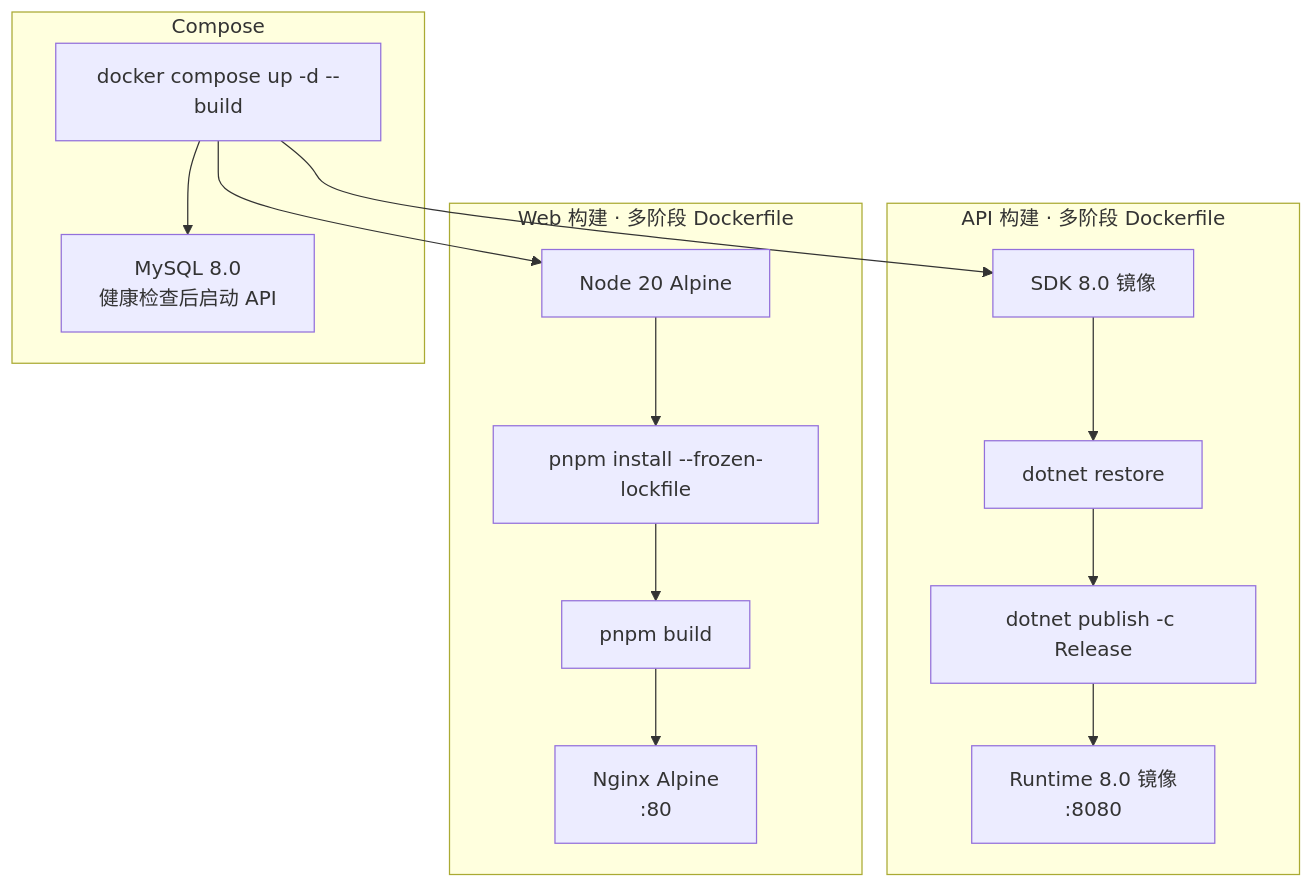
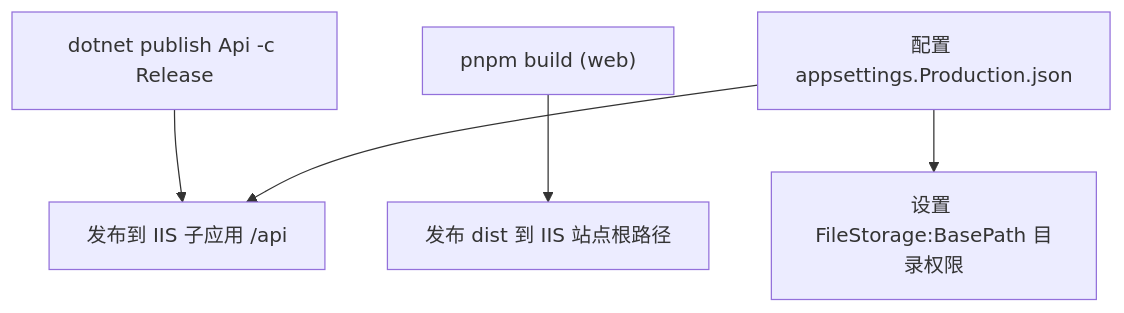
Diagram 25 of 28 in docs/design-overview.md (xiaocaiisxiaocai/AcceptanceSpecRecognition), drawn with Mermaid before and after one commit. The commit also changed other lines of this file and 162 other files, not shown here.

````diff
--- a/docs/design-overview.md
+++ b/docs/design-overview.md
@@ -1040,21 +1046,7 @@
 ```mermaid
 graph TD
-  subgraph API_BUILD["API 构建 · 多阶段 Dockerfile"]
-    A1["SDK 8.0 镜像"] --> A2["dotnet restore"]
-    A2 --> A3["dotnet publish -c Release"]
-    A3 --> A4["Runtime 8.0 镜像<br/>:8080"]
-  end
-
-  subgraph WEB_BUILD["Web 构建 · 多阶段 Dockerfile"]
-    W1["Node 20 Alpine"] --> W2["pnpm install --frozen-lockfile"]
-    W2 --> W3["pnpm build"]
-    W3 --> W4["Nginx Alpine<br/>:80"]
-  end
-
-  subgraph COMPOSE["Compose"]
-    DC["docker compose up -d --build"]
-    DC --> A1
-    DC --> W1
-    DC --> MYSQL_INIT["MySQL 8.0<br/>健康检查后启动 API"]
-  end
+  A1["dotnet publish Api -c Release"] --> A2["发布到 IIS 子应用 /api"]
+  W1["pnpm build (web)"] --> W2["发布 dist 到 IIS 站点根路径"]
+  C1["配置 appsettings.Production.json"] --> A2
+  C1 --> F1["设置 FileStorage:BasePath 目录权限"]
 ```
````
